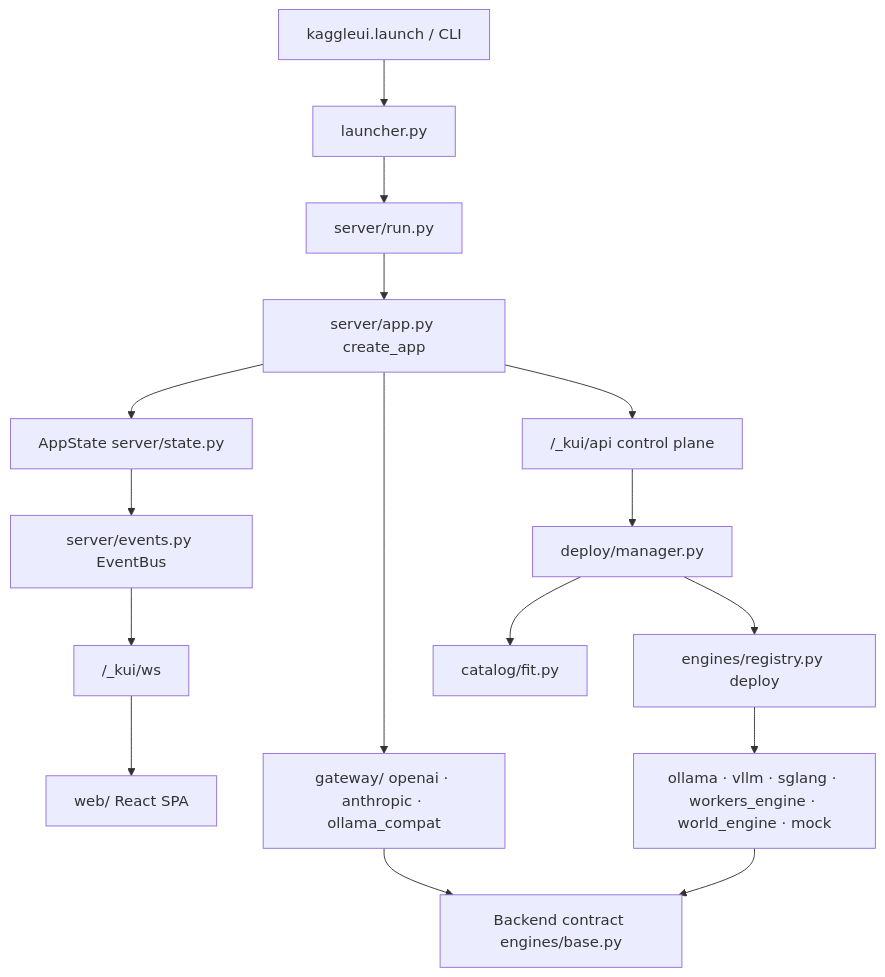
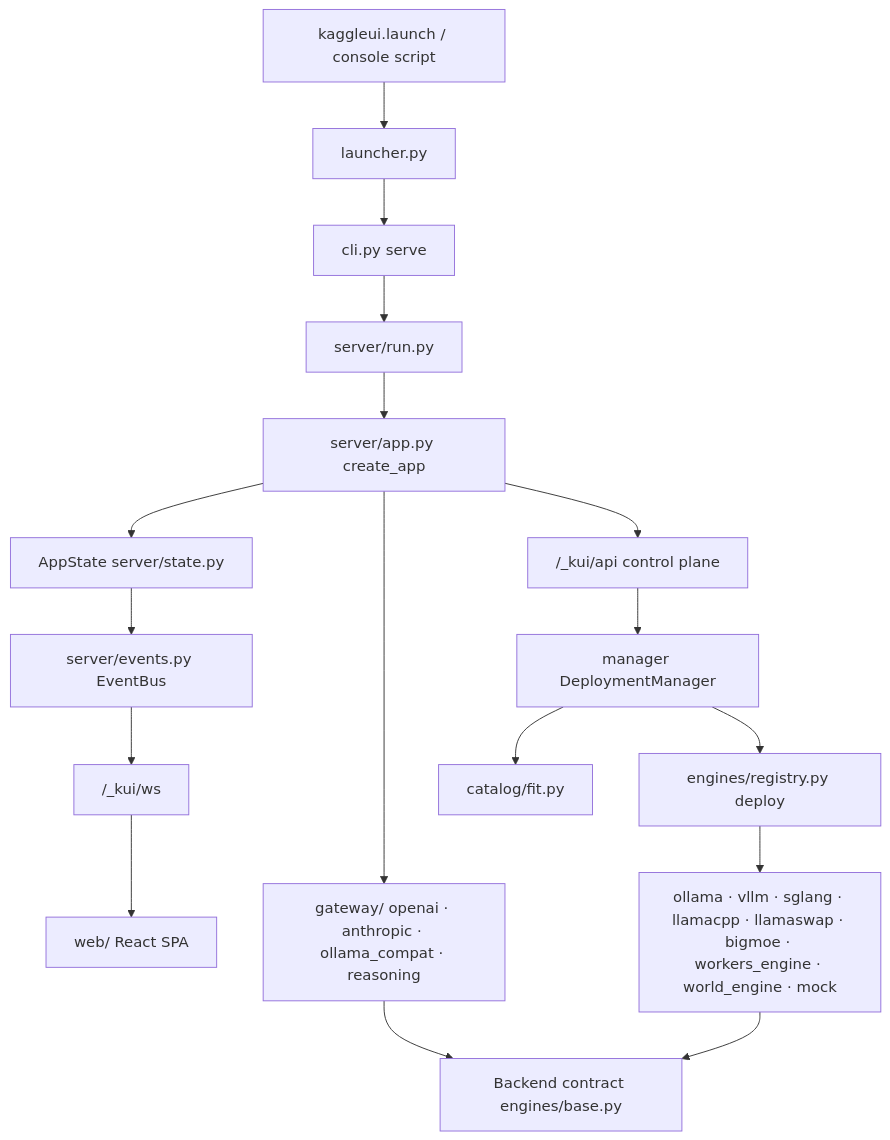
One commit to therealfreddied/KaggleUI changed the diagram in AGENTS.md. Above: the diagram before and after it, drawn with Mermaid. The commit also changed other lines of this file and 22 other files, not shown here.

````diff
--- a/AGENTS.md
+++ b/AGENTS.md
@@ -21,17 +21,18 @@
 ```mermaid
 graph TD
-  Notebook[kaggleui.launch / CLI] --> Launcher[launcher.py]
-  Launcher --> Run[server/run.py]
+  NB[kaggleui.launch / console script] --> Launcher[launcher.py]
+  Launcher --> CLI[cli.py serve]
+  CLI --> Run[server/run.py]
   Run --> App[server/app.py create_app]
   App --> State[AppState server/state.py]
-  App --> GW[gateway/ openai · anthropic · ollama_compat]
+  App --> GW[gateway/ openai · anthropic · ollama_compat · reasoning]
   App --> API["/_kui/api control plane"]
   GW --> Backend[Backend contract engines/base.py]
-  API --> Manager[deploy/manager.py]
+  API --> Manager[manager DeploymentManager]
   Manager --> Fit[catalog/fit.py]
   Manager --> Reg[engines/registry.py deploy]
-  Reg --> Engines[ollama · vllm · sglang · workers_engine · world_engine · mock]
+  Reg --> Engines[ollama · vllm · sglang · llamacpp · llamaswap · bigmoe · workers_engine · world_engine · mock]
   Engines --> Backend
   State --> Bus[server/events.py EventBus] --> WS["/_kui/ws"]
   WS --> SPA[web/ React SPA]
 ```
````
